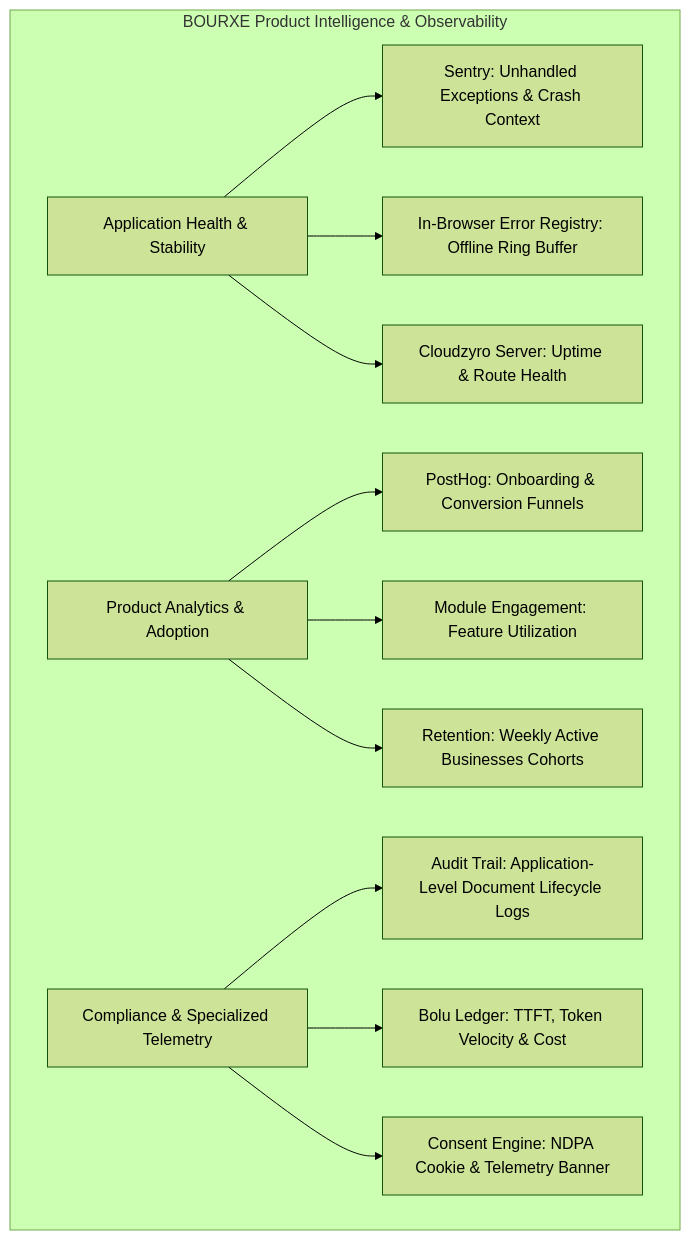
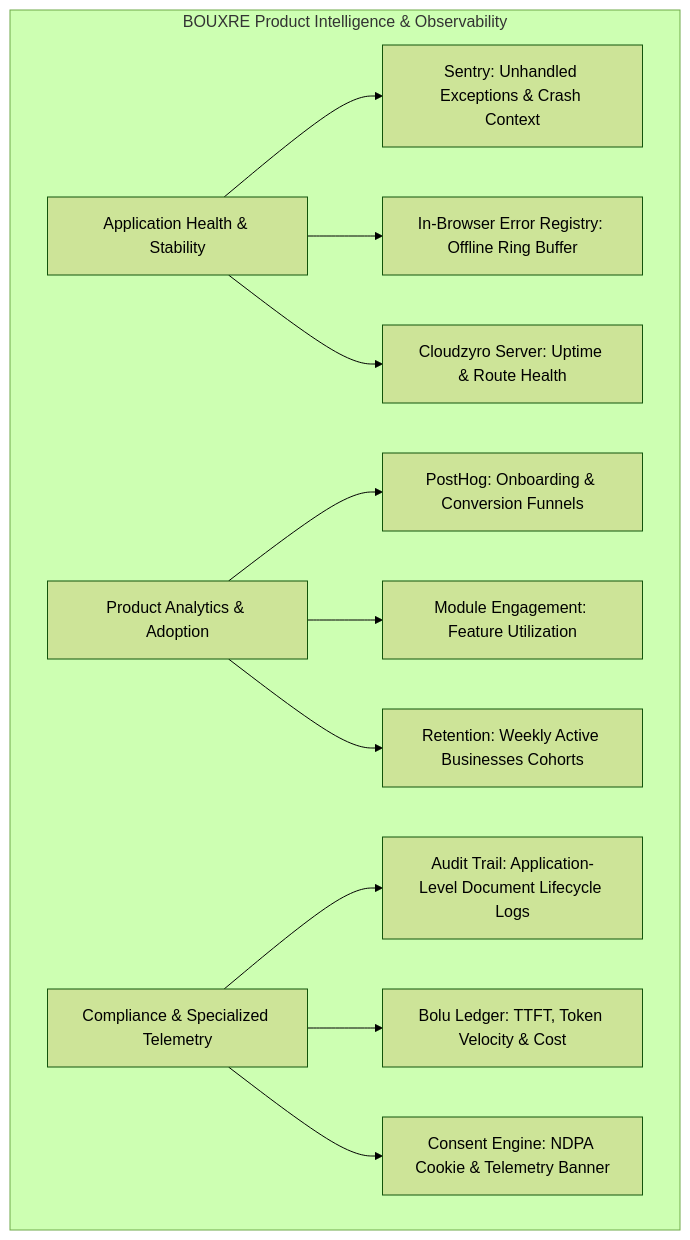
Before and after one commit to Bigdrops/bigdrops-app: the diagram in docs/prd/product-intelligence-observability/PRD.md, drawn with Mermaid (forest theme). The commit also changed other lines of this file and 158 other files, not shown here.

Commit message:
🔧 chore(brand): rename BOURXE to BOUXRE across app

````diff
--- a/docs/prd/product-intelligence-observability/PRD.md
+++ b/docs/prd/product-intelligence-observability/PRD.md
@@ -43,16 +43,16 @@
 ```mermaid
 flowchart TD
-    subgraph BOURXE Product Intelligence & Observability
+    subgraph BOUXRE Product Intelligence & Observability
         A[Application Health & Stability] --> A1[Sentry: Unhandled Exceptions & Crash Context]
         A --> A2[In-Browser Error Registry: Offline Ring Buffer]
         A --> A3[Cloudzyro Server: Uptime & Route Health]
 
         B[Product Analytics & Adoption] --> B1[PostHog: Onboarding & Conversion Funnels]
         B --> B2[Module Engagement: Feature Utilization]
         B --> B3[Retention: Weekly Active Businesses Cohorts]
 
         C[Compliance & Specialized Telemetry] --> C1[Audit Trail: Application-Level Document Lifecycle Logs]
         C --> C2[Bolu Ledger: TTFT, Token Velocity & Cost]
         C --> C3[Consent Engine: NDPA Cookie & Telemetry Banner]
     end
 ```
````
